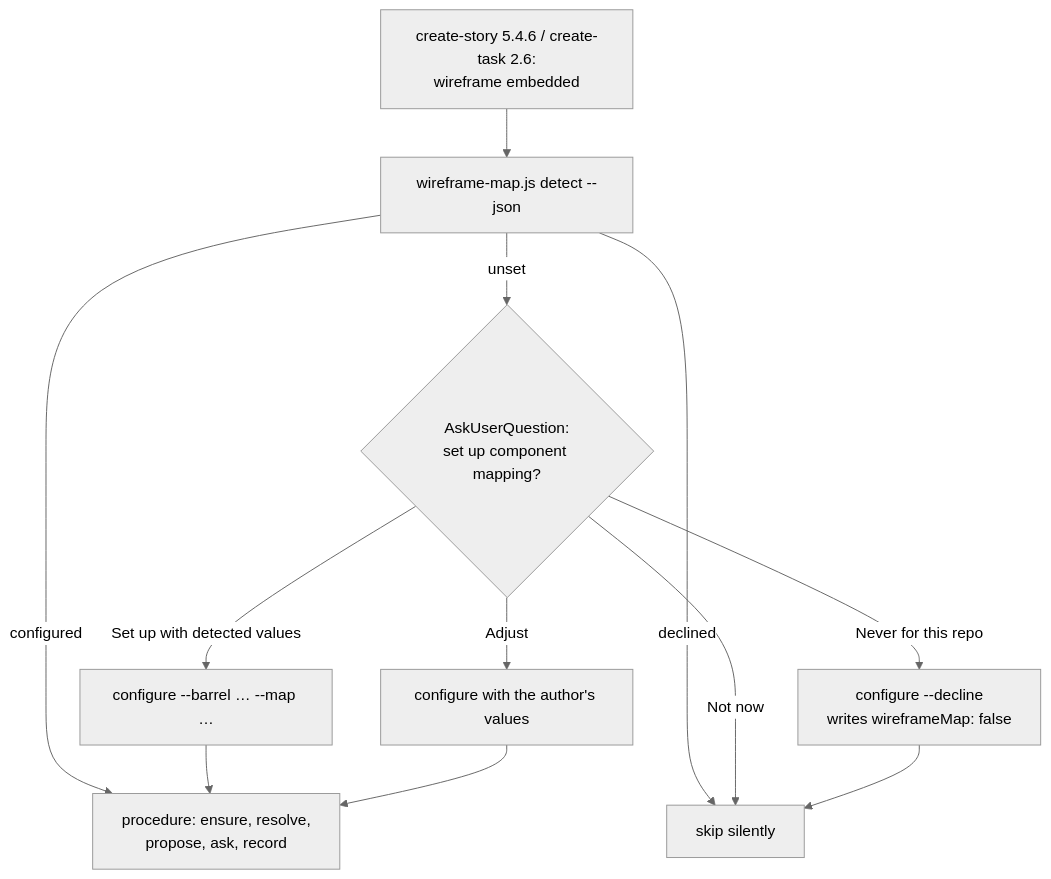
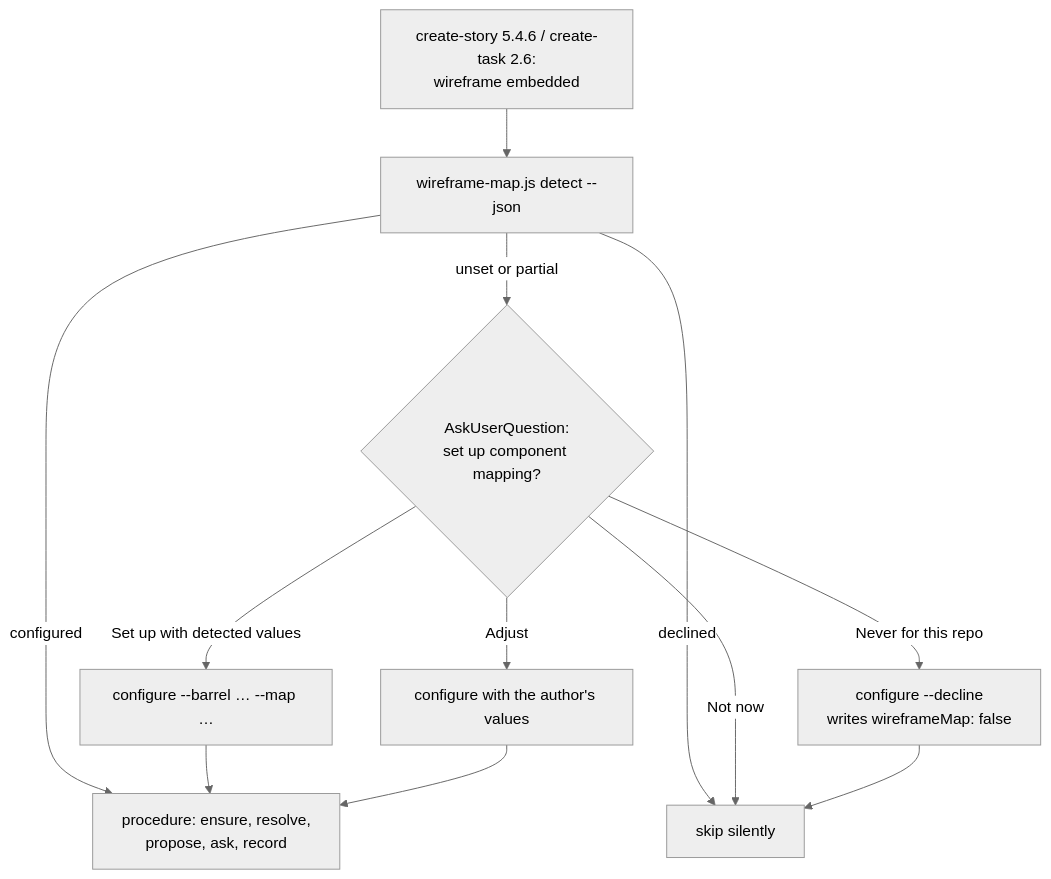
One commit to Gamaroff/agent-skills changed the diagram in docs/tasks/task.246.wireframe-mapping-setup-offer/task.246.wireframe-mapping-setup-offer.md. Above: the diagram before and after it, drawn with Mermaid (neutral theme). The commit also changed other lines of this file and 2 other files, not shown here.

First line of the commit message:
docs(task.246): review 1 — partial ui: state, gate-phrase definition, held criteria

````diff
--- a/docs/tasks/task.246.wireframe-mapping-setup-offer/task.246.wireframe-mapping-setup-offer.md
+++ b/docs/tasks/task.246.wireframe-mapping-setup-offer/task.246.wireframe-mapping-setup-offer.md
@@ -129,14 +131,14 @@
 ```mermaid
 flowchart TD
   A[create-story 5.4.6 / create-task 2.6:<br/>wireframe embedded] --> B[wireframe-map.js detect --json]
   B -->|configured| P[procedure: ensure, resolve,<br/>propose, ask, record]
   B -->|declined| S[skip silently]
-  B -->|unset| Q{AskUserQuestion:<br/>set up component mapping?}
+  B -->|unset or partial| Q{AskUserQuestion:<br/>set up component mapping?}
   Q -->|Set up with detected values| C[configure --barrel … --map …]
   Q -->|Adjust| C2[configure with the author's values]
   Q -->|Not now| S
   Q -->|Never for this repo| D[configure --decline<br/>writes wireframeMap: false]
   C --> P
   C2 --> P
   D --> S
 ```
````
